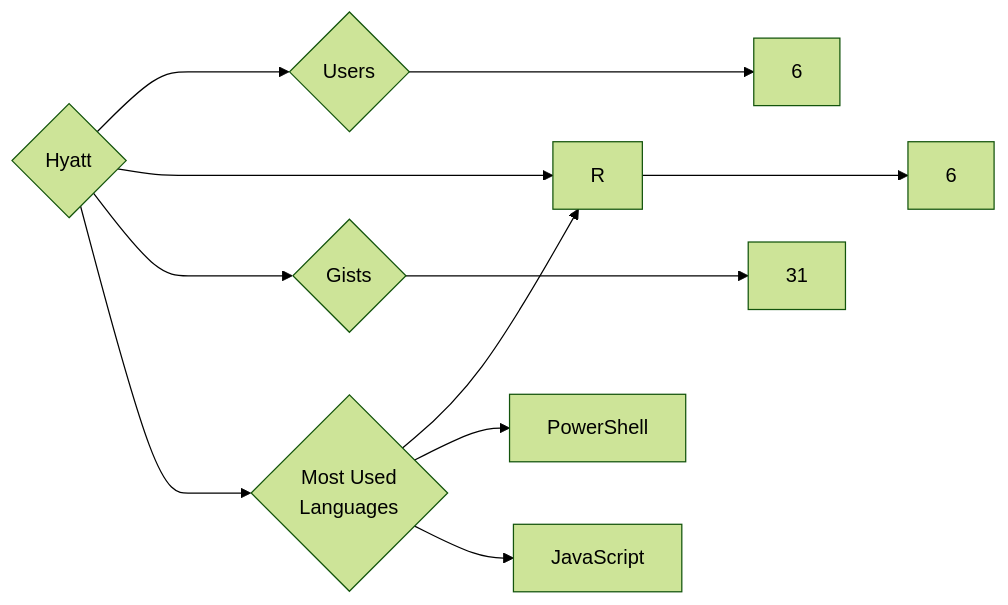
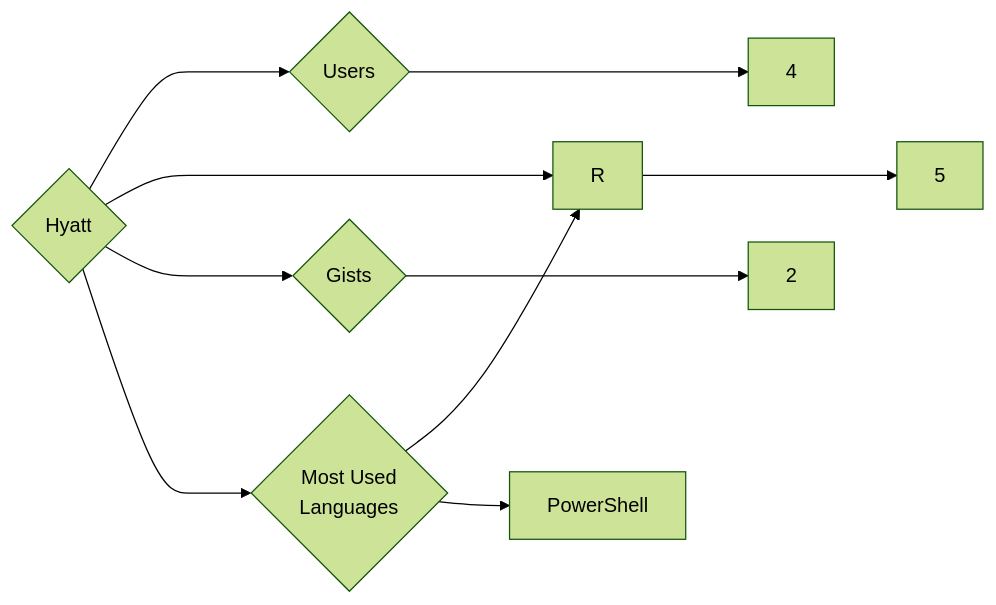
One commit to trickest/insiders changed the diagram in targets/Hyatt/README.md. Above: the diagram before and after it, drawn with Mermaid (forest theme). The commit also changed 859 other files, not shown here.

````diff
--- a/targets/Hyatt/README.md
+++ b/targets/Hyatt/README.md
@@ -3,11 +3,10 @@
 ```mermaid
 graph LR
 COMPANY_NAME{Hyatt}
-COMPANY_NAME ---> U{Users} ---> UN[6]
-COMPANY_NAME ---> R{Repositories} ---> RN[6]
-COMPANY_NAME ---> G{Gists} ---> GN[31]
+COMPANY_NAME ---> U{Users} ---> UN[4]
+COMPANY_NAME ---> R{Repositories} ---> RN[5]
+COMPANY_NAME ---> G{Gists} ---> GN[2]
 COMPANY_NAME ---> ML{Most Used<br>Languages}
 ML --> R[R]
 ML --> PowerShell[PowerShell]
-ML --> JavaScript[JavaScript]
 ```
````
